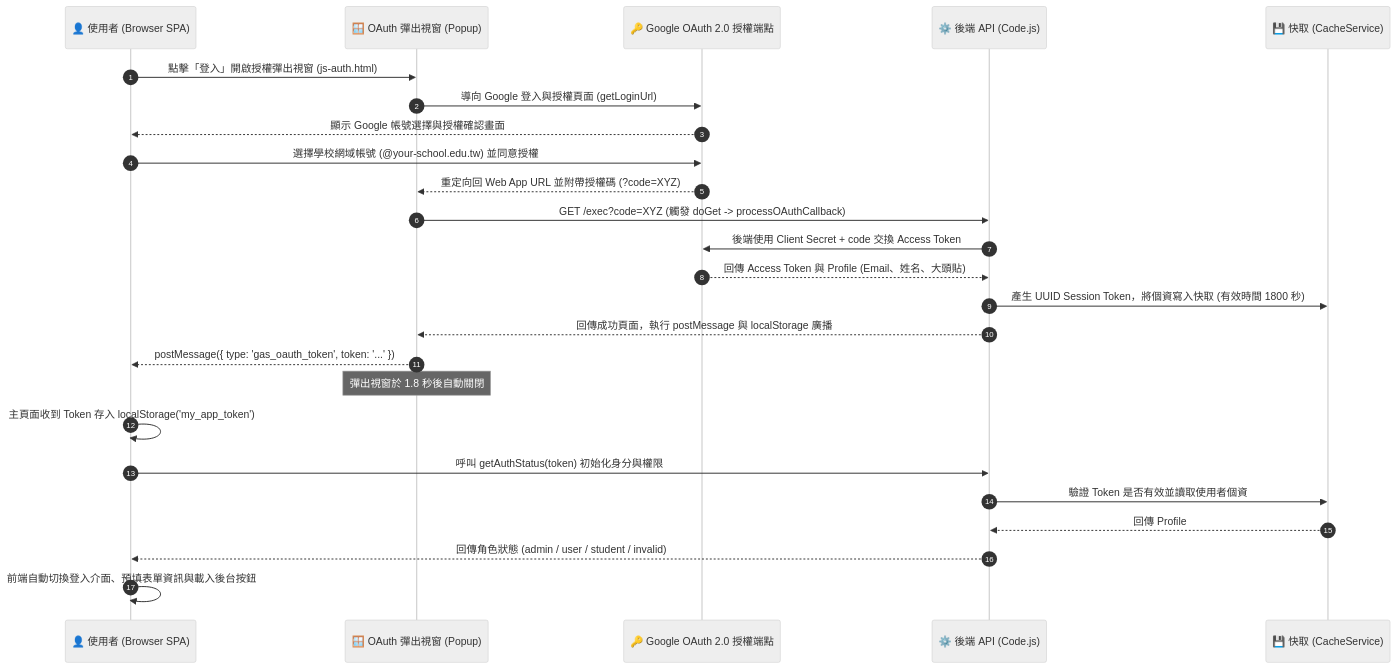
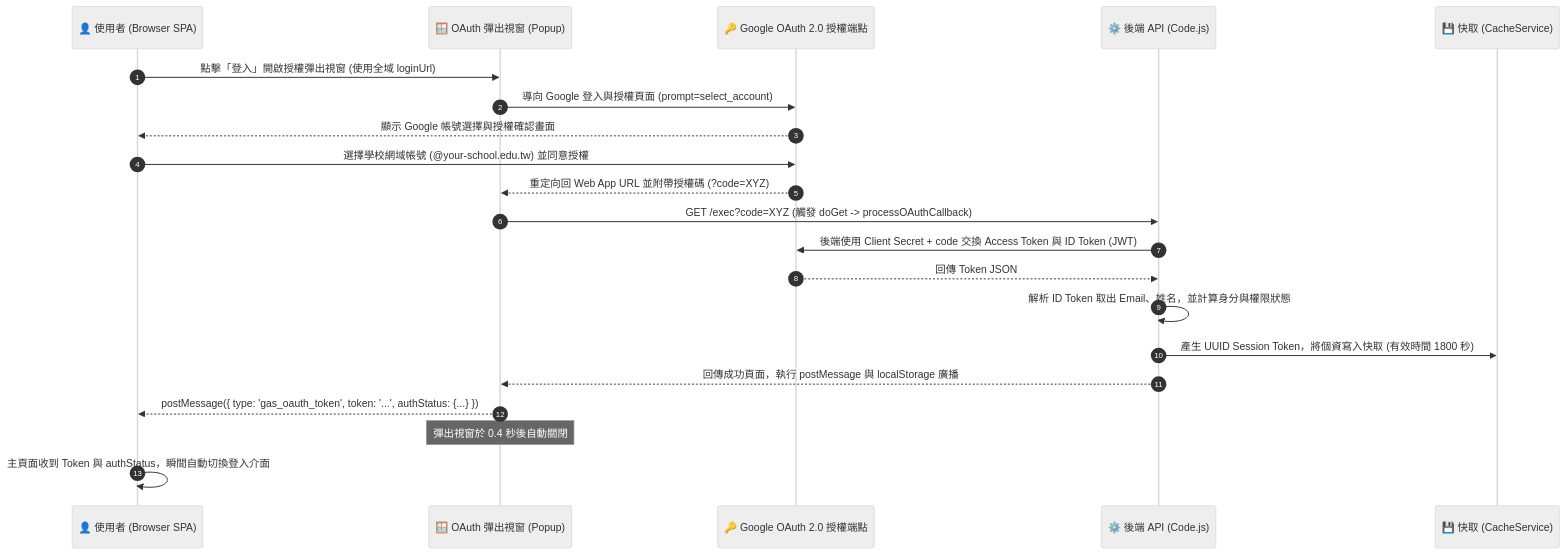
Before and after one commit to SamnPhysics/scienceprocurement: the second of 2 diagrams in OAuth2_GuideLine.md, drawn with Mermaid (neutral theme). The commit also changed other lines of this file and 3 other files, not shown here.

````diff
--- a/OAuth2_GuideLine.md
+++ b/OAuth2_GuideLine.md
@@ -56,28 +56,24 @@
 ```mermaid
 sequenceDiagram
     autonumber
     participant U as 👤 使用者 (Browser SPA)
     participant P as 🪟 OAuth 彈出視窗 (Popup)
     participant G as 🔑 Google OAuth 2.0 授權端點
     participant GAS as ⚙️ 後端 API (Code.js)
     participant C as 💾 快取 (CacheService)
 
-    U->>P: 點擊「登入」開啟授權彈出視窗 (js-auth.html)
-    P->>G: 導向 Google 登入與授權頁面 (getLoginUrl)
+    U->>P: 點擊「登入」開啟授權彈出視窗 (使用全域 loginUrl)
+    P->>G: 導向 Google 登入與授權頁面 (prompt=select_account)
     G-->>U: 顯示 Google 帳號選擇與授權確認畫面
     U->>G: 選擇學校網域帳號 (@your-school.edu.tw) 並同意授權
     G-->>P: 重定向回 Web App URL 並附帶授權碼 (?code=XYZ)
     P->>GAS: GET /exec?code=XYZ (觸發 doGet -> processOAuthCallback)
-    GAS->>G: 後端使用 Client Secret + code 交換 Access Token
-    G-->>GAS: 回傳 Access Token 與 Profile (Email、姓名、大頭貼)
+    GAS->>G: 後端使用 Client Secret + code 交換 Access Token 與 ID Token (JWT)
+    G-->>GAS: 回傳 Token JSON
+    GAS->>GAS: 解析 ID Token 取出 Email、姓名，並計算身分與權限狀態
     GAS->>C: 產生 UUID Session Token，將個資寫入快取 (有效時間 1800 秒)
     GAS-->>P: 回傳成功頁面，執行 postMessage 與 localStorage 廣播
-    P-->>U: postMessage({ type: 'gas_oauth_token', token: '...' })
-    Note over P: 彈出視窗於 1.8 秒後自動關閉
-    U->>U: 主頁面收到 Token 存入 localStorage('my_app_token')
-    U->>GAS: 呼叫 getAuthStatus(token) 初始化身分與權限
-    GAS->>C: 驗證 Token 是否有效並讀取使用者個資
-    C-->>GAS: 回傳 Profile
-    GAS-->>U: 回傳角色狀態 (admin / user / student / invalid)
-    U->>U: 前端自動切換登入介面、預填表單資訊與載入後台按鈕
+    P-->>U: postMessage({ type: 'gas_oauth_token', token: '...', authStatus: {...} })
+    Note over P: 彈出視窗於 0.4 秒後自動關閉
+    U->>U: 主頁面收到 Token 與 authStatus，瞬間自動切換登入介面
 ```
````
